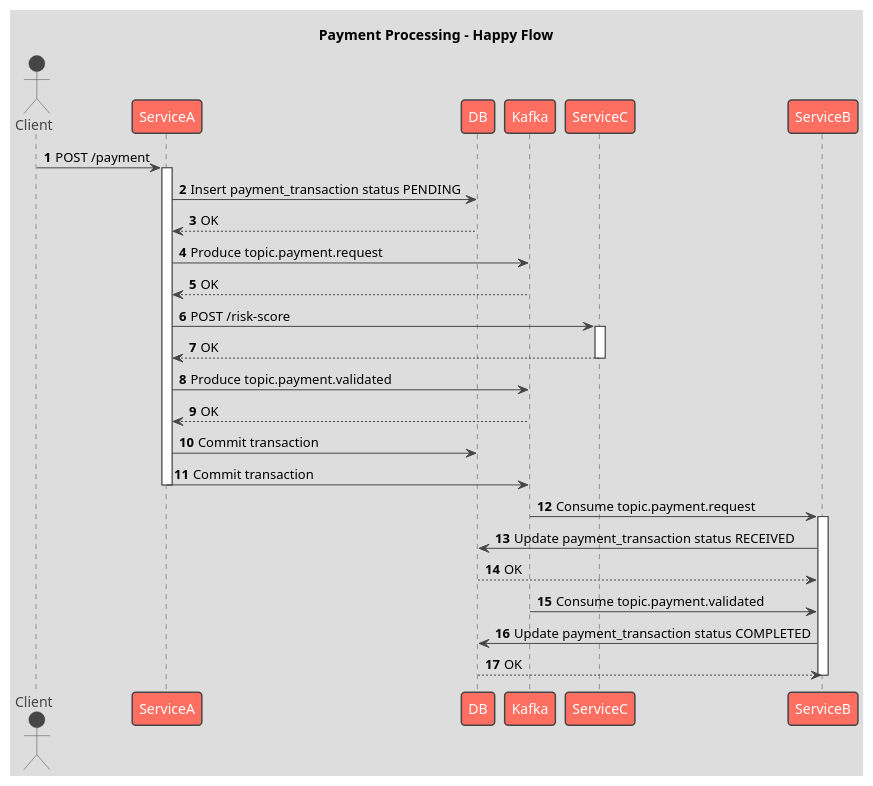
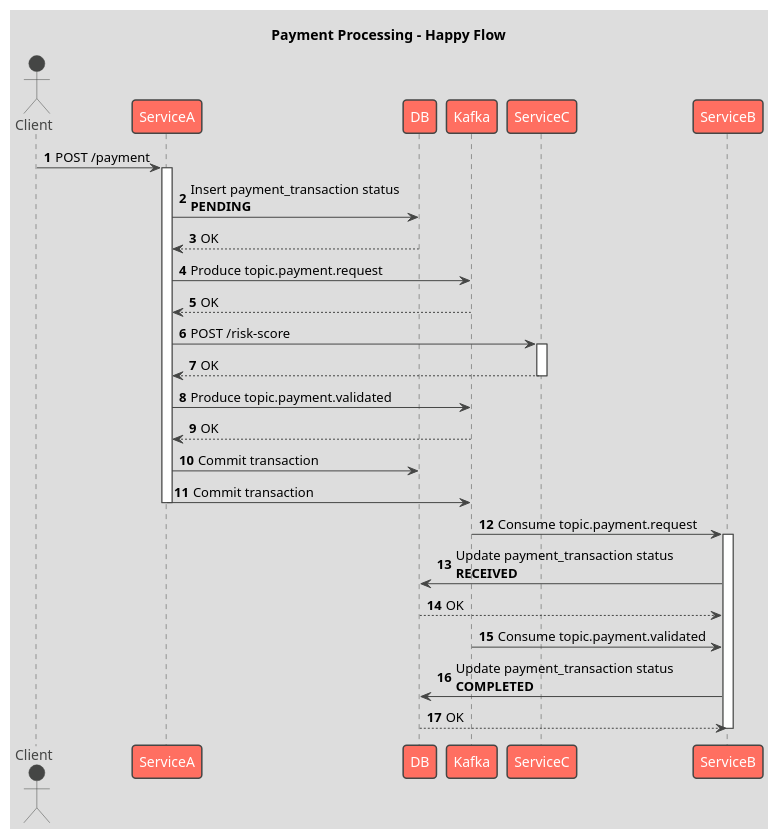
Before and after one commit to norulshahlam/spring-boot-kafka-tutorials: the diagram in library-service-producer/src/main/resources/happy-flow.plantuml, drawn with PlantUML.

```diff
--- a/library-service-producer/src/main/resources/happy-flow.plantuml
+++ b/library-service-producer/src/main/resources/happy-flow.plantuml
@@ -1,38 +1,38 @@
 @startuml
 !theme toy
 title Payment Processing - Happy Flow
 autonumber
 actor Client
 
 Client -> ServiceA: POST /payment
 activate ServiceA
 
-ServiceA -> DB: Insert payment_transaction status PENDING
+ServiceA -> DB: Insert payment_transaction status \n<b>PENDING</b>
 DB --> ServiceA: OK
 
 ServiceA -> Kafka: Produce topic.payment.request
 Kafka --> ServiceA: OK
 
 ServiceA -> ServiceC: POST /risk-score
 activate ServiceC
 ServiceC --> ServiceA: OK
 deactivate ServiceC
 
 ServiceA -> Kafka: Produce topic.payment.validated
 Kafka --> ServiceA: OK
 
 ServiceA -> DB: Commit transaction
 ServiceA -> Kafka: Commit transaction
 deactivate ServiceA
 
 Kafka -> ServiceB: Consume topic.payment.request
 activate ServiceB
-ServiceB -> DB: Update payment_transaction status RECEIVED
+ServiceB -> DB: Update payment_transaction status \n<b>RECEIVED</b>
 DB --> ServiceB: OK
 
 Kafka -> ServiceB: Consume topic.payment.validated
-ServiceB -> DB: Update payment_transaction status COMPLETED
+ServiceB -> DB: Update payment_transaction status \n<b>COMPLETED</b>
 DB --> ServiceB: OK
 deactivate ServiceB
 
 @enduml
```
